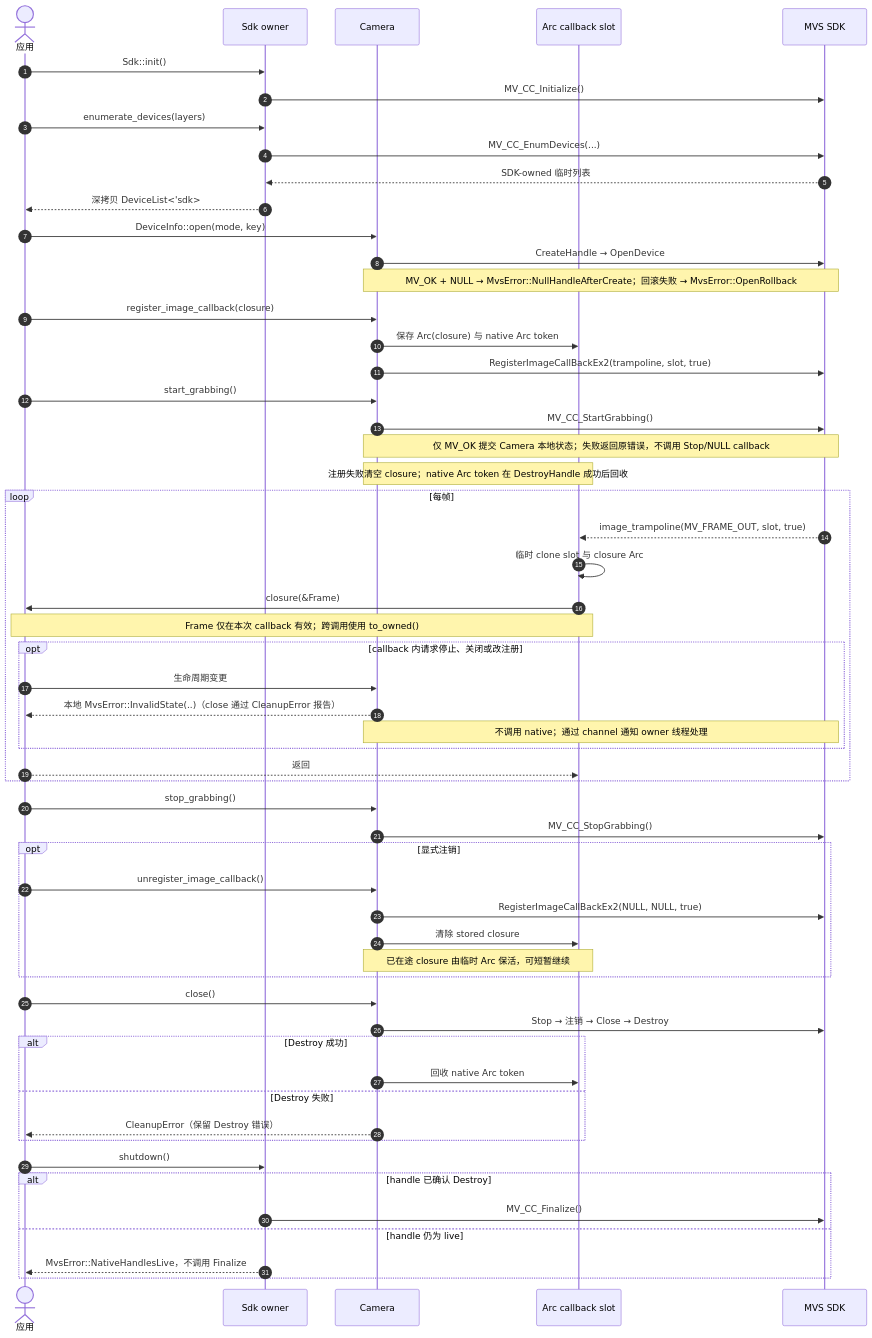
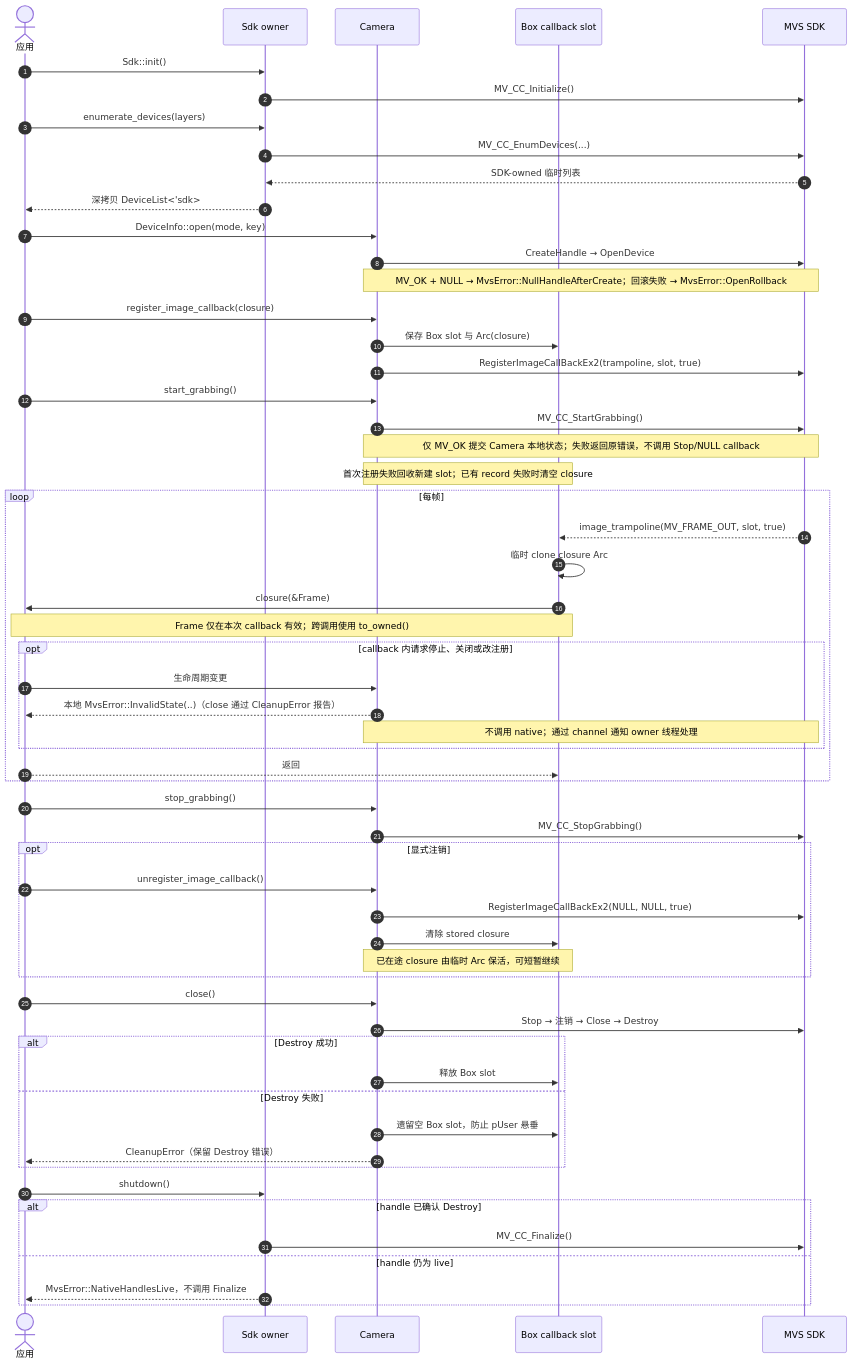
One commit to JSB-Unscarred/mvs-sdk-rs changed the diagram in 时序图/Callback取流.md. Above: the diagram before and after it, drawn with Mermaid. The commit also changed 12 other files, not shown here.

````diff
--- a/时序图/Callback取流.md
+++ b/时序图/Callback取流.md
@@ -3,63 +3,64 @@
 ```mermaid
 sequenceDiagram
     autonumber
     actor App as 应用
     participant Sdk as Sdk owner
     participant Camera as Camera
-    participant Slot as Arc callback slot
+    participant Slot as Box callback slot
     participant Native as MVS SDK
 
     App->>Sdk: Sdk::init()
     Sdk->>Native: MV_CC_Initialize()
     App->>Sdk: enumerate_devices(layers)
     Sdk->>Native: MV_CC_EnumDevices(...)
     Native-->>Sdk: SDK-owned 临时列表
     Sdk-->>App: 深拷贝 DeviceList<'sdk>
 
     App->>Camera: DeviceInfo::open(mode, key)
     Camera->>Native: CreateHandle → OpenDevice
     Note over Camera,Native: MV_OK + NULL → MvsError::NullHandleAfterCreate；回滚失败 → MvsError::OpenRollback
     App->>Camera: register_image_callback(closure)
-    Camera->>Slot: 保存 Arc(closure) 与 native Arc token
+    Camera->>Slot: 保存 Box slot 与 Arc(closure)
     Camera->>Native: RegisterImageCallBackEx2(trampoline, slot, true)
     App->>Camera: start_grabbing()
     Camera->>Native: MV_CC_StartGrabbing()
     Note over Camera,Native: 仅 MV_OK 提交 Camera 本地状态；失败返回原错误，不调用 Stop/NULL callback
-    Note over Camera,Slot: 注册失败清空 closure；native Arc token 在 DestroyHandle 成功后回收
+    Note over Camera,Slot: 首次注册失败回收新建 slot；已有 record 失败时清空 closure
 
     loop 每帧
         Native-->>Slot: image_trampoline(MV_FRAME_OUT, slot, true)
-        Slot->>Slot: 临时 clone slot 与 closure Arc
+        Slot->>Slot: 临时 clone closure Arc
         Slot->>App: closure(&Frame)
         Note over Slot,App: Frame 仅在本次 callback 有效；跨调用使用 to_owned()
         opt callback 内请求停止、关闭或改注册
             App->>Camera: 生命周期变更
             Camera-->>App: 本地 MvsError::InvalidState(..)（close 通过 CleanupError 报告）
             Note over Camera,Native: 不调用 native；通过 channel 通知 owner 线程处理
         end
         App-->>Slot: 返回
     end
 
     App->>Camera: stop_grabbing()
     Camera->>Native: MV_CC_StopGrabbing()
     opt 显式注销
         App->>Camera: unregister_image_callback()
         Camera->>Native: RegisterImageCallBackEx2(NULL, NULL, true)
         Camera->>Slot: 清除 stored closure
         Note over Camera,Slot: 已在途 closure 由临时 Arc 保活，可短暂继续
     end
 
     App->>Camera: close()
     Camera->>Native: Stop → 注销 → Close → Destroy
     alt Destroy 成功
-        Camera->>Slot: 回收 native Arc token
+        Camera->>Slot: 释放 Box slot
     else Destroy 失败
+        Camera->>Slot: 遗留空 Box slot，防止 pUser 悬垂
         Camera-->>App: CleanupError（保留 Destroy 错误）
     end
     App->>Sdk: shutdown()
     alt handle 已确认 Destroy
         Sdk->>Native: MV_CC_Finalize()
     else handle 仍为 live
         Sdk-->>App: MvsError::NativeHandlesLive，不调用 Finalize
     end
 ```
````
